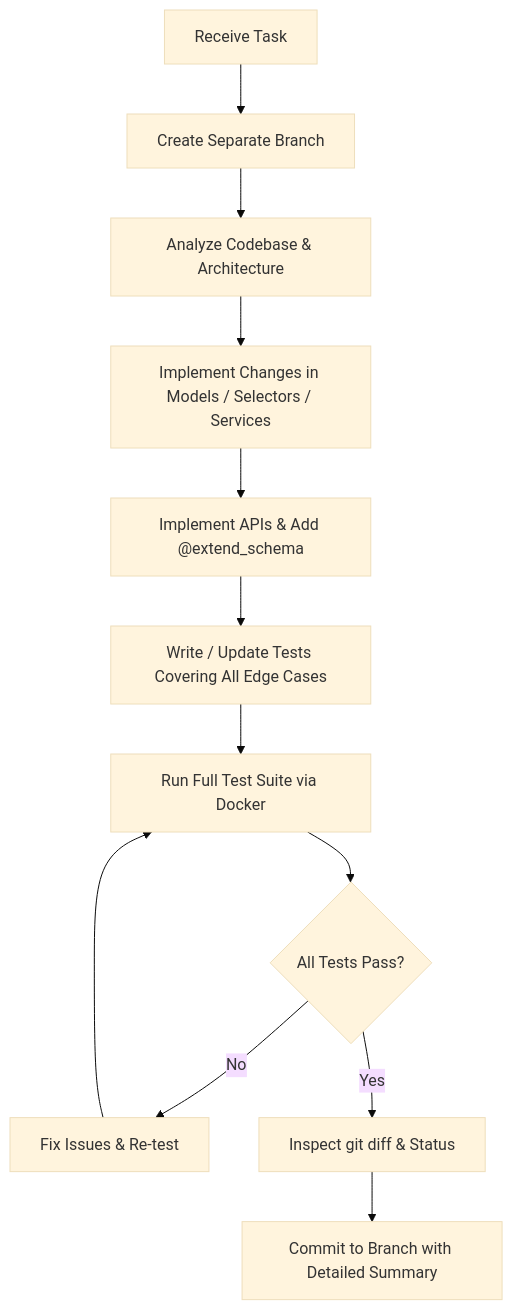
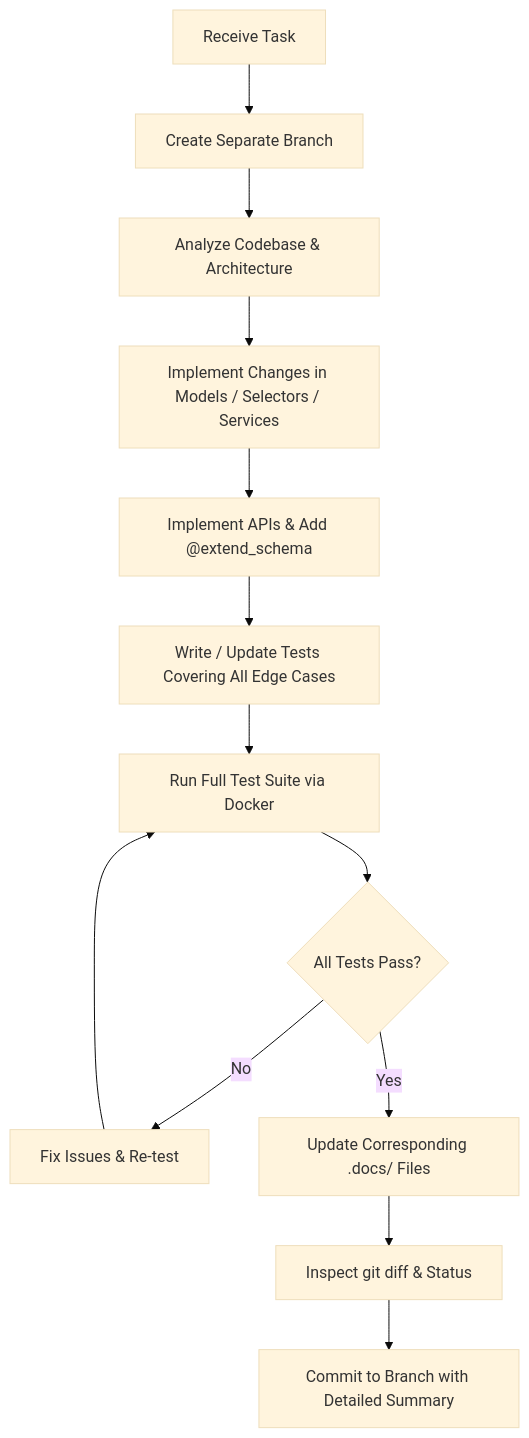
The diagram in AGENTS.md (Imhotep-Tech/imhotep_finance), drawn with Mermaid (base theme) before and after one commit. The commit also changed other lines of this file and 3 other files, not shown here.

````diff
--- a/AGENTS.md
+++ b/AGENTS.md
@@ -416,14 +441,15 @@
 ```mermaid
 flowchart TD
     A[Receive Task] --> B[Create Separate Branch]
     B --> C[Analyze Codebase & Architecture]
     C --> D[Implement Changes in Models / Selectors / Services]
     D --> E[Implement APIs & Add @extend_schema]
     E --> F[Write / Update Tests Covering All Edge Cases]
     F --> G[Run Full Test Suite via Docker]
     G --> H{All Tests Pass?}
     H -- No --> I[Fix Issues & Re-test]
     I --> G
-    H -- Yes --> J[Inspect git diff & Status]
-    J --> K[Commit to Branch with Detailed Summary]
+    H -- Yes --> J[Update Corresponding .docs/ Files]
+    J --> K[Inspect git diff & Status]
+    K --> L[Commit to Branch with Detailed Summary]
 ```
````
